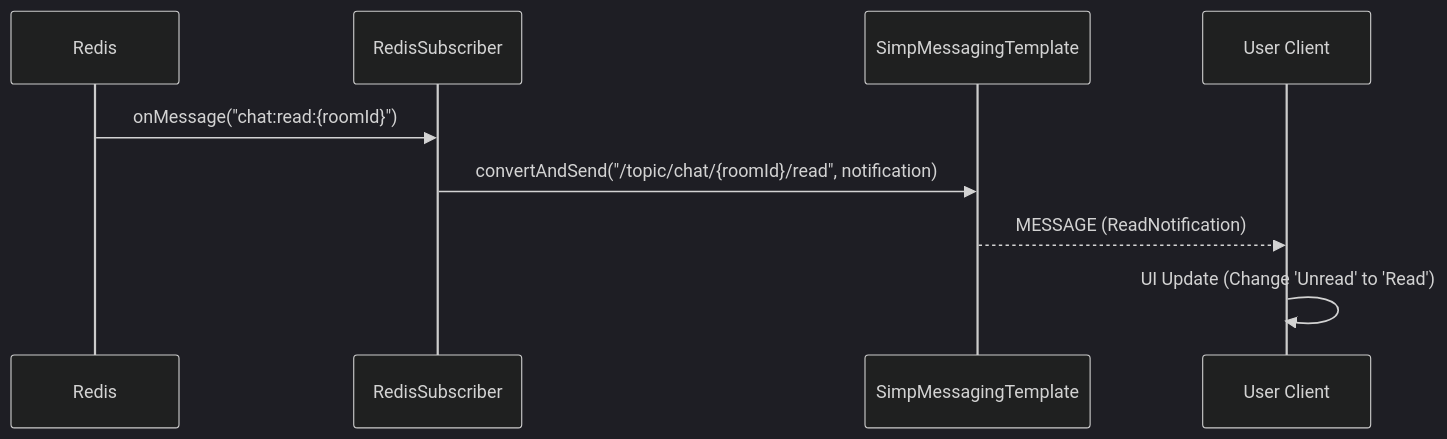
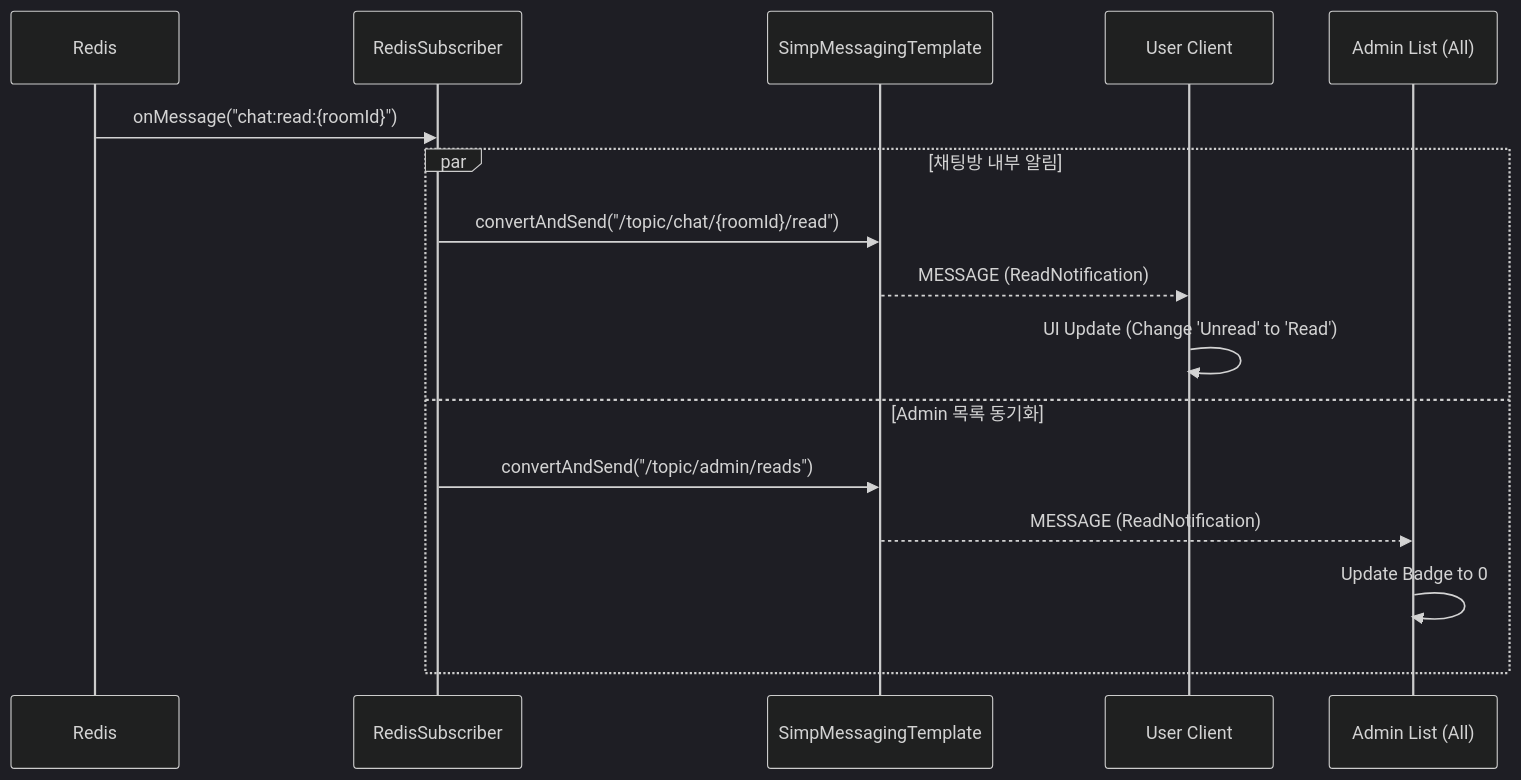
Before and after one commit to zooozoo/chat_poc: the seventh of 16 diagrams in WORKFLOW_GUIDE.md, drawn with Mermaid (dark theme). The commit also changed other lines of this file and 2 other files, not shown here.

Commit message:
Edit making chatroom show admin assignment and WORKFLOW_GUIDE.md

````diff
--- a/WORKFLOW_GUIDE.md
+++ b/WORKFLOW_GUIDE.md
@@ -349,12 +352,20 @@
 ```mermaid
 sequenceDiagram
     participant Redis as Redis
     participant Sub as RedisSubscriber
     participant STOMP as SimpMessagingTemplate
     participant User as User Client
+    participant AdminList as Admin List (All)
 
     Redis->>Sub: onMessage("chat:read:{roomId}")
-    Sub->>STOMP: convertAndSend("/topic/chat/{roomId}/read", notification)
-    STOMP-->>User: MESSAGE (ReadNotification)
-    User->>User: UI Update (Change 'Unread' to 'Read')
+
+    par 채팅방 내부 알림
+        Sub->>STOMP: convertAndSend("/topic/chat/{roomId}/read")
+        STOMP-->>User: MESSAGE (ReadNotification)
+        User->>User: UI Update (Change 'Unread' to 'Read')
+    and Admin 목록 동기화
+        Sub->>STOMP: convertAndSend("/topic/admin/reads")
+        STOMP-->>AdminList: MESSAGE (ReadNotification)
+        AdminList->>AdminList: Update Badge to 0
+    end
 ```
````
